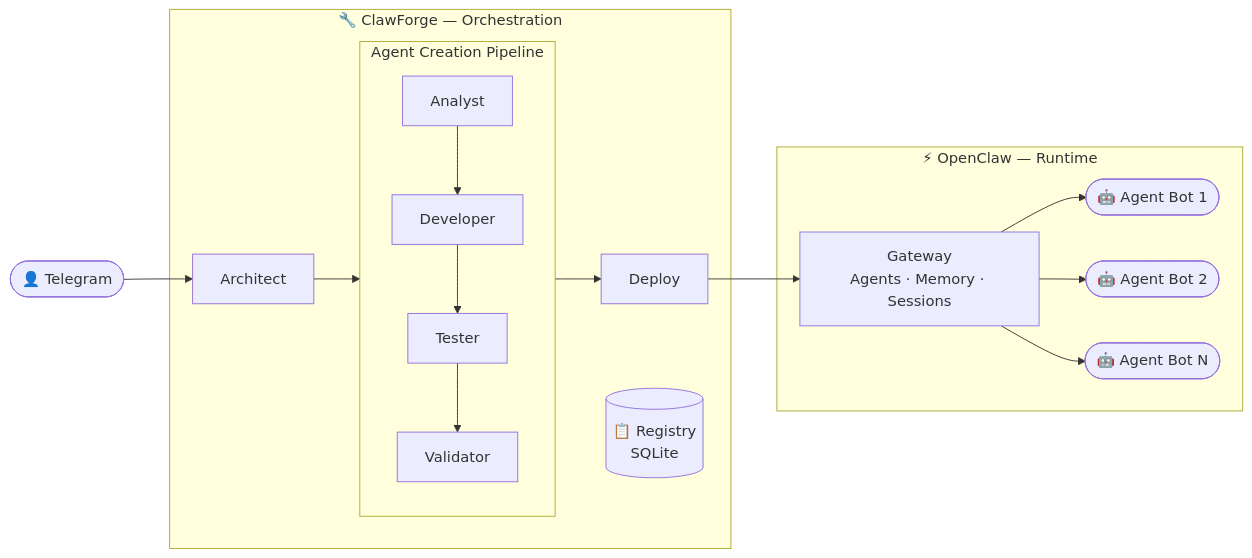
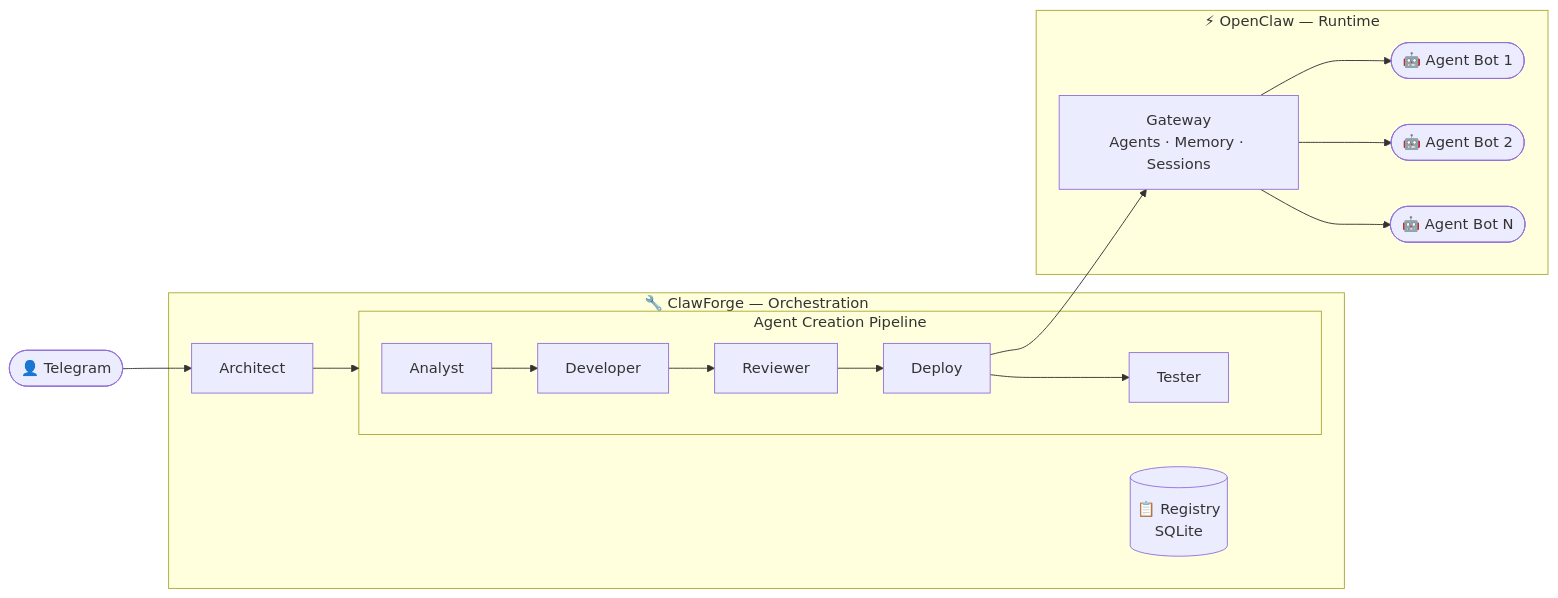
Before and after one commit to maesthrow/claw-forge: the diagram in README.md, drawn with Mermaid. The commit also changed other lines of this file and 3 other files, not shown here.

````diff
--- a/README.md
+++ b/README.md
@@ -17,20 +17,20 @@
 ```mermaid
 flowchart LR
     User(["👤 Telegram"]) --> Architect
 
     subgraph ClawForge["🔧 ClawForge — Orchestration"]
         Architect --> Pipeline
         subgraph Pipeline["Agent Creation Pipeline"]
-            Analyst --> Developer --> Tester --> Validator
+            Analyst --> Developer --> Reviewer --> Deploy2["Deploy"]
+            Deploy2 --> Tester
         end
-        Pipeline --> Deploy
         Registry[("📋 Registry\nSQLite")]
     end
 
     subgraph OpenClaw["⚡ OpenClaw — Runtime"]
-        Deploy --> Gateway["Gateway\nAgents · Memory · Sessions"]
+        Deploy2 --> Gateway["Gateway\nAgents · Memory · Sessions"]
         Gateway --> Bot1(["🤖 Agent Bot 1"])
         Gateway --> Bot2(["🤖 Agent Bot 2"])
         Gateway --> BotN(["🤖 Agent Bot N"])
     end
 ```
````
